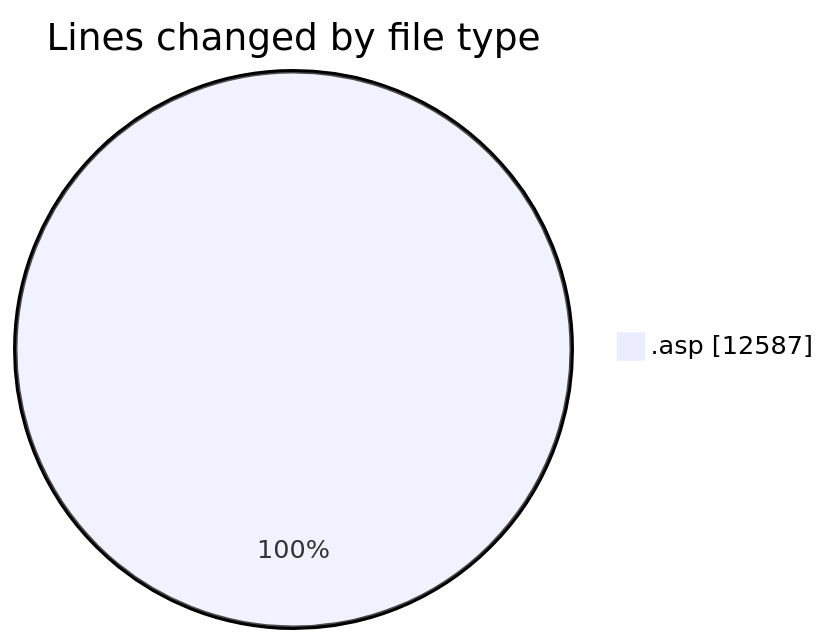
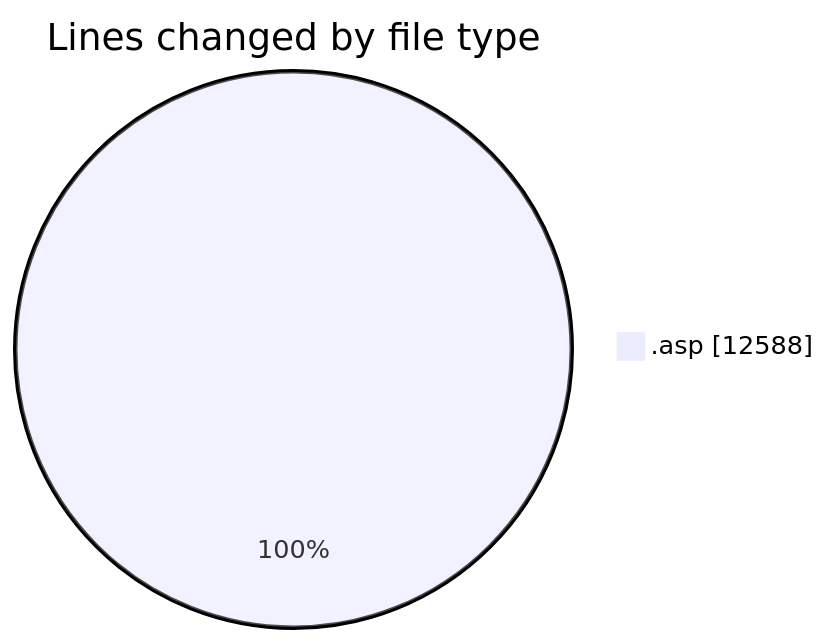
Before and after one commit to julien-gomy/code-tracking: the first of 2 diagrams in 2025-11-28/cdp_aleoudev_fr__workspace_/README.md, drawn with Mermaid. The commit also changed other lines of this file and 1 other file, not shown here.

````diff
--- a/2025-11-28/cdp_aleoudev_fr__workspace_/README.md
+++ b/2025-11-28/cdp_aleoudev_fr__workspace_/README.md
@@ -24,5 +24,5 @@
 ```mermaid
 pie showData
 title Lines changed by file type
-".asp" : 12587
+".asp" : 12588
 ```
````
